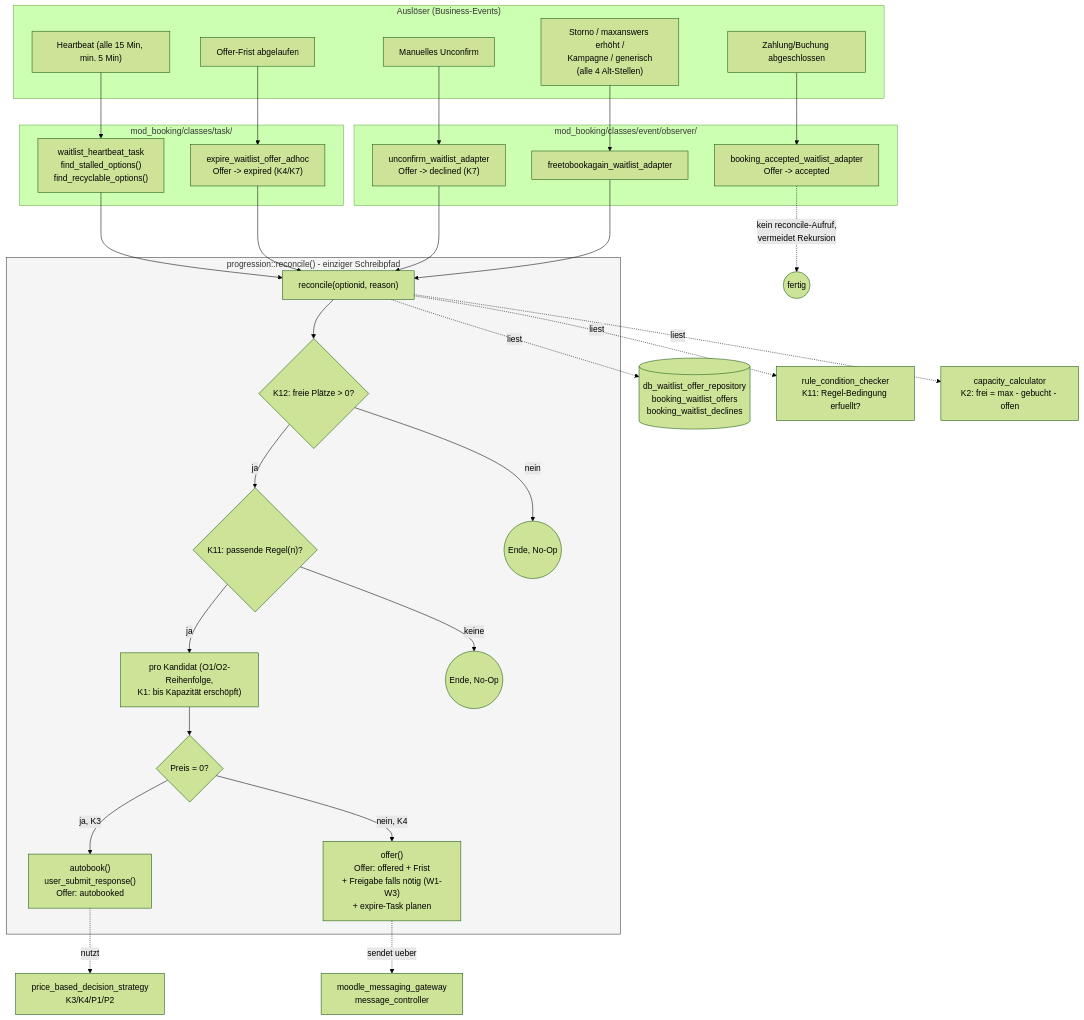
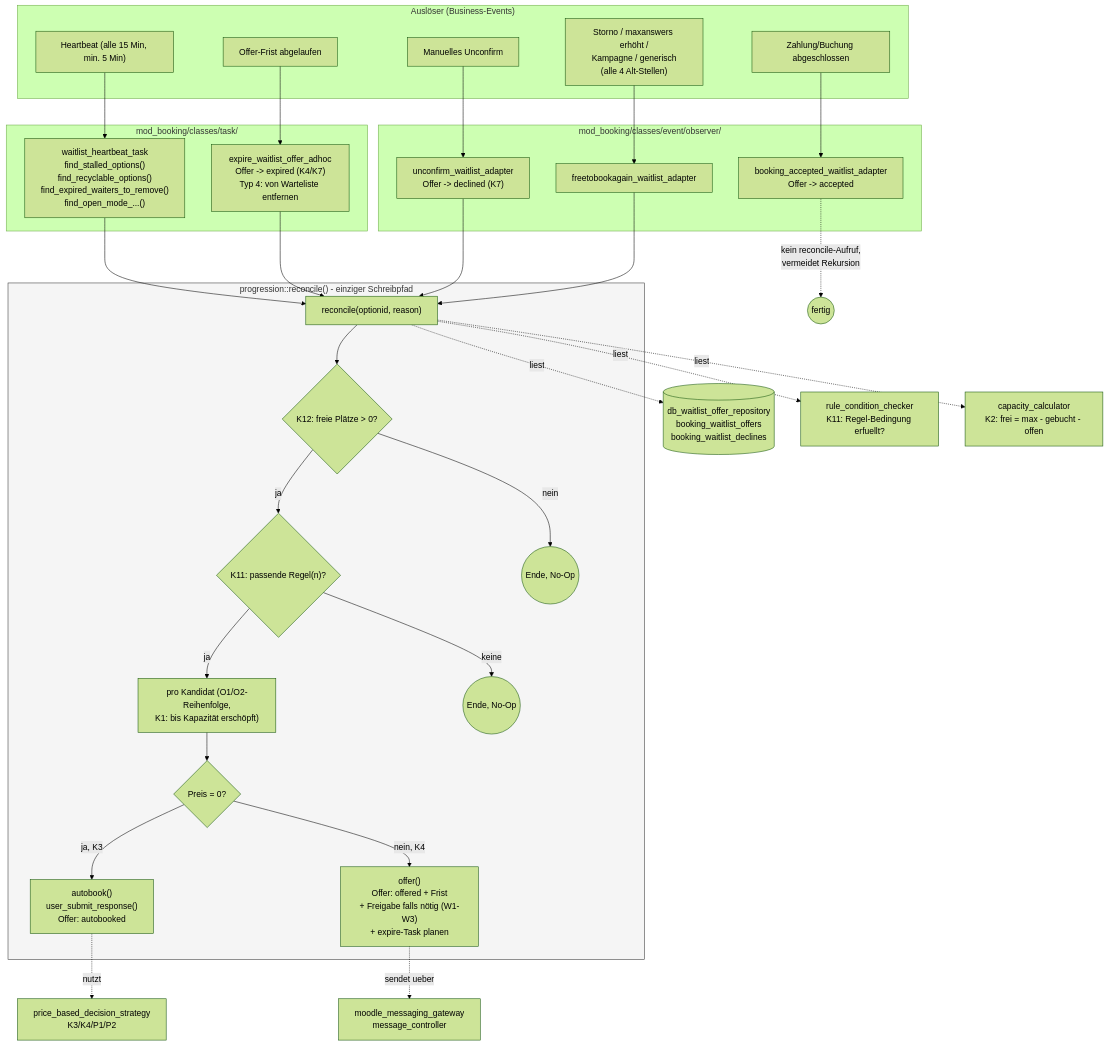
The first of 7 diagrams in docs/blueprints/WAITLIST_ARCHITECTURE_CURRENT_2026-08-21.md (Wunderbyte-GmbH/moodle-mod_booking), drawn with Mermaid (forest theme) before and after one commit. The commit also changed other lines of this file and 16 other files, not shown here.

````diff
--- a/docs/blueprints/WAITLIST_ARCHITECTURE_CURRENT_2026-08-21.md
+++ b/docs/blueprints/WAITLIST_ARCHITECTURE_CURRENT_2026-08-21.md
@@ -10,60 +12,60 @@
 ```mermaid
 flowchart TB
     subgraph Triggers["Auslöser (Business-Events)"]
         T1["Storno / maxanswers erhöht /<br/>Kampagne / generisch<br/>(alle 4 Alt-Stellen)"]
         T4["Manuelles Unconfirm"]
         T7["Zahlung/Buchung abgeschlossen"]
         T8["Heartbeat (alle 15 Min, min. 5 Min)"]
         T9["Offer-Frist abgelaufen"]
     end
 
     subgraph Adapters["mod_booking/classes/event/observer/"]
         FBA["freetobookagain_waitlist_adapter"]
         UCA["unconfirm_waitlist_adapter<br/>Offer -> declined (K7)"]
         BAA["booking_accepted_waitlist_adapter<br/>Offer -> accepted"]
     end
 
     subgraph TaskAdapters["mod_booking/classes/task/"]
-        EXP["expire_waitlist_offer_adhoc<br/>Offer -> expired (K4/K7)"]
-        HB["waitlist_heartbeat_task<br/>find_stalled_options()<br/>find_recyclable_options()"]
+        EXP["expire_waitlist_offer_adhoc<br/>Offer -> expired (K4/K7)<br/>Typ 4: von Warteliste entfernen"]
+        HB["waitlist_heartbeat_task<br/>find_stalled_options()<br/>find_recyclable_options()<br/>find_expired_waiters_to_remove()<br/>find_open_mode_...()"]
     end
 
     T1 --> FBA
     T4 --> UCA
     T7 --> BAA
     T9 --> EXP
     T8 --> HB
 
     FBA --> REC
     UCA --> REC
     BAA -.->|kein reconcile-Aufruf,<br/>vermeidet Rekursion| DONE1(("fertig"))
     EXP --> REC
     HB --> REC
 
     subgraph Core["progression::reconcile() - einziger Schreibpfad"]
         REC["reconcile(optionid, reason)"]
         K12{"K12: freie Plätze > 0?"}
         K11{"K11: passende Regel(n)?"}
         LOOP["pro Kandidat (O1/O2-Reihenfolge,<br/>K1: bis Kapazität erschöpft)"]
         DECIDE{"Preis = 0?"}
         AUTOBOOK["autobook()<br/>user_submit_response()<br/>Offer: autobooked"]
         OFFER["offer()<br/>Offer: offered + Frist<br/>+ Freigabe falls nötig (W1-W3)<br/>+ expire-Task planen"]
 
         REC --> K12
         K12 -->|nein| STOP1(("Ende, No-Op"))
         K12 -->|ja| K11
         K11 -->|keine| STOP2(("Ende, No-Op"))
         K11 -->|ja| LOOP
         LOOP --> DECIDE
         DECIDE -->|ja, K3| AUTOBOOK
         DECIDE -->|nein, K4| OFFER
     end
 
     REC -.liest.-> REPO[("db_waitlist_offer_repository<br/>booking_waitlist_offers<br/>booking_waitlist_declines")]
     REC -.liest.-> COND["rule_condition_checker<br/>K11: Regel-Bedingung erfuellt?"]
     REC -.liest.-> CAP["capacity_calculator<br/>K2: frei = max - gebucht - offen"]
     AUTOBOOK -.nutzt.-> DEC["price_based_decision_strategy<br/>K3/K4/P1/P2"]
     OFFER -.sendet ueber.-> MSG["moodle_messaging_gateway<br/>message_controller"]
 
     style Core fill:#f5f5f5,stroke:#333
 ```
````
